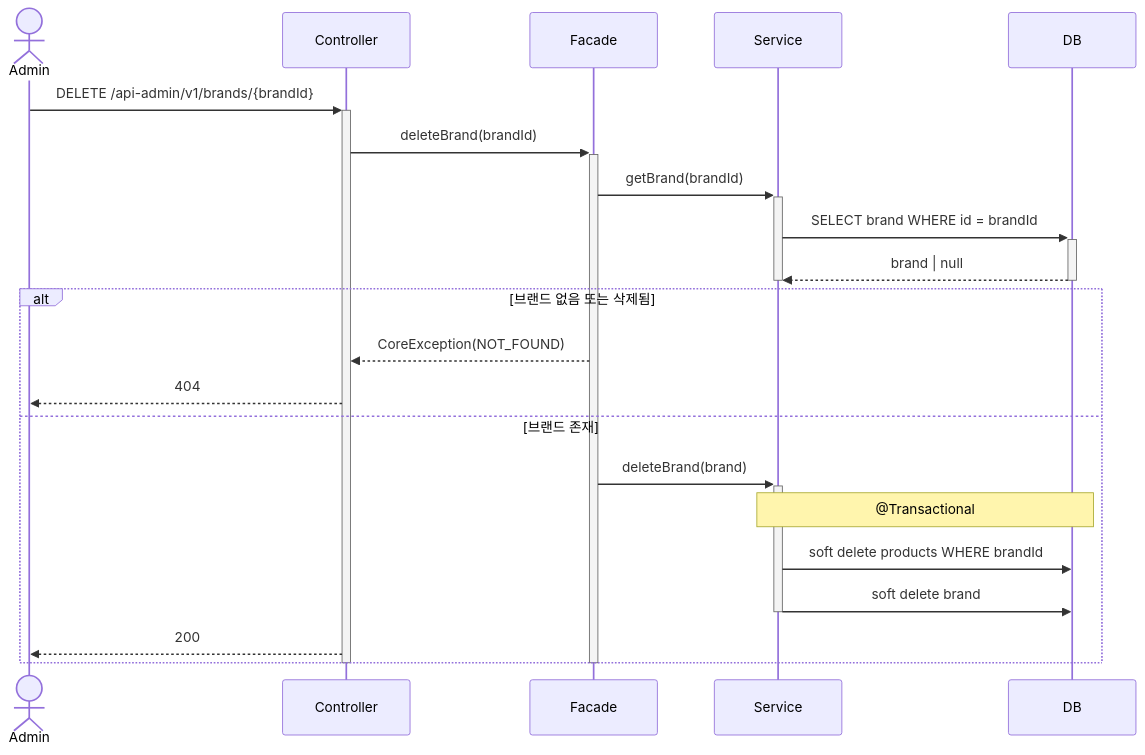
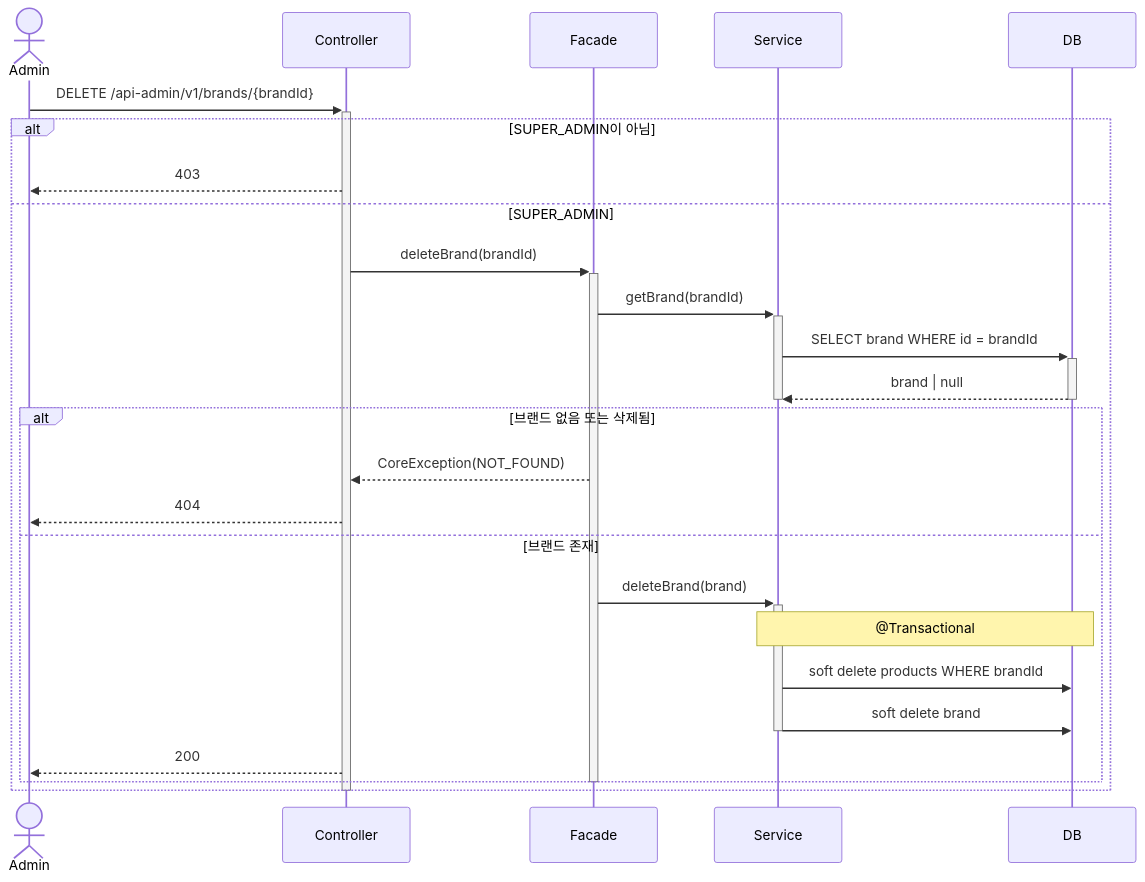
Before and after one commit to loopers-labs/loop-pack-be-l2-vol4-java: diagram 14 of 21 in .docs/design/02-sequence-diagrams.md, drawn with Mermaid. The commit also changed other lines of this file and 3 other files, not shown here.

````diff
--- a/.docs/design/02-sequence-diagrams.md
+++ b/.docs/design/02-sequence-diagrams.md
@@ -408,30 +429,35 @@
 ```mermaid
 sequenceDiagram
     actor Admin
     participant Controller
     participant Facade
     participant Service
     participant DB
 
     Admin->>+Controller: DELETE /api-admin/v1/brands/{brandId}
-    Controller->>+Facade: deleteBrand(brandId)
 
-    Facade->>+Service: getBrand(brandId)
-    Service->>+DB: SELECT brand WHERE id = brandId
-    DB-->>-Service: brand | null
-    deactivate Service
+    alt SUPER_ADMIN이 아님
+        Controller-->>Admin: 403
+    else SUPER_ADMIN
+        Controller->>+Facade: deleteBrand(brandId)
 
-    alt 브랜드 없음 또는 삭제됨
-        Facade-->>Controller: CoreException(NOT_FOUND)
-        Controller-->>Admin: 404
-    else 브랜드 존재
-        Facade->>+Service: deleteBrand(brand)
-        Note over Service,DB: @Transactional
-        Service->>DB: soft delete products WHERE brandId
-        Service->>DB: soft delete brand
+        Facade->>+Service: getBrand(brandId)
+        Service->>+DB: SELECT brand WHERE id = brandId
+        DB-->>-Service: brand | null
         deactivate Service
-        Controller-->>Admin: 200
+
+        alt 브랜드 없음 또는 삭제됨
+            Facade-->>Controller: CoreException(NOT_FOUND)
+            Controller-->>Admin: 404
+        else 브랜드 존재
+            Facade->>+Service: deleteBrand(brand)
+            Note over Service,DB: @Transactional
+            Service->>DB: soft delete products WHERE brandId
+            Service->>DB: soft delete brand
+            deactivate Service
+            Controller-->>Admin: 200
+        end
+        deactivate Facade
     end
-    deactivate Facade
     deactivate Controller
 ```
````
